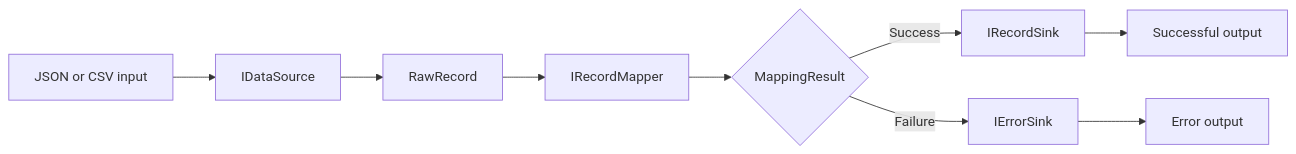
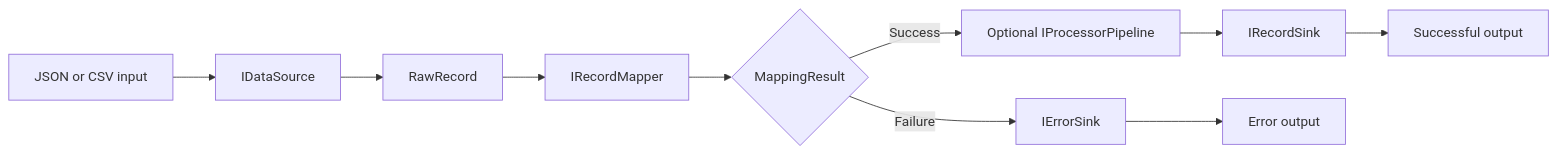
One commit to MCMisha/DataPipeline changed the diagram in README.md. Above: the diagram before and after it, drawn with Mermaid. The commit also changed other lines of this file and 6 other files, not shown here.

````diff
--- a/README.md
+++ b/README.md
@@ -20,11 +35,15 @@
 ```mermaid
 flowchart LR
     A[JSON or CSV input] --> B[IDataSource]
     B --> C[RawRecord]
     C --> D[IRecordMapper]
     D --> E{MappingResult}
-    E -->|Success| F[IRecordSink]
-    E -->|Failure| G[IErrorSink]
-    F --> H[Successful output]
-    G --> I[Error output]
+
+    E -->|Success| F[Optional IProcessorPipeline]
+    F --> G[IRecordSink]
+
+    E -->|Failure| H[IErrorSink]
+
+    G --> I[Successful output]
+    H --> J[Error output]
 ```
````
